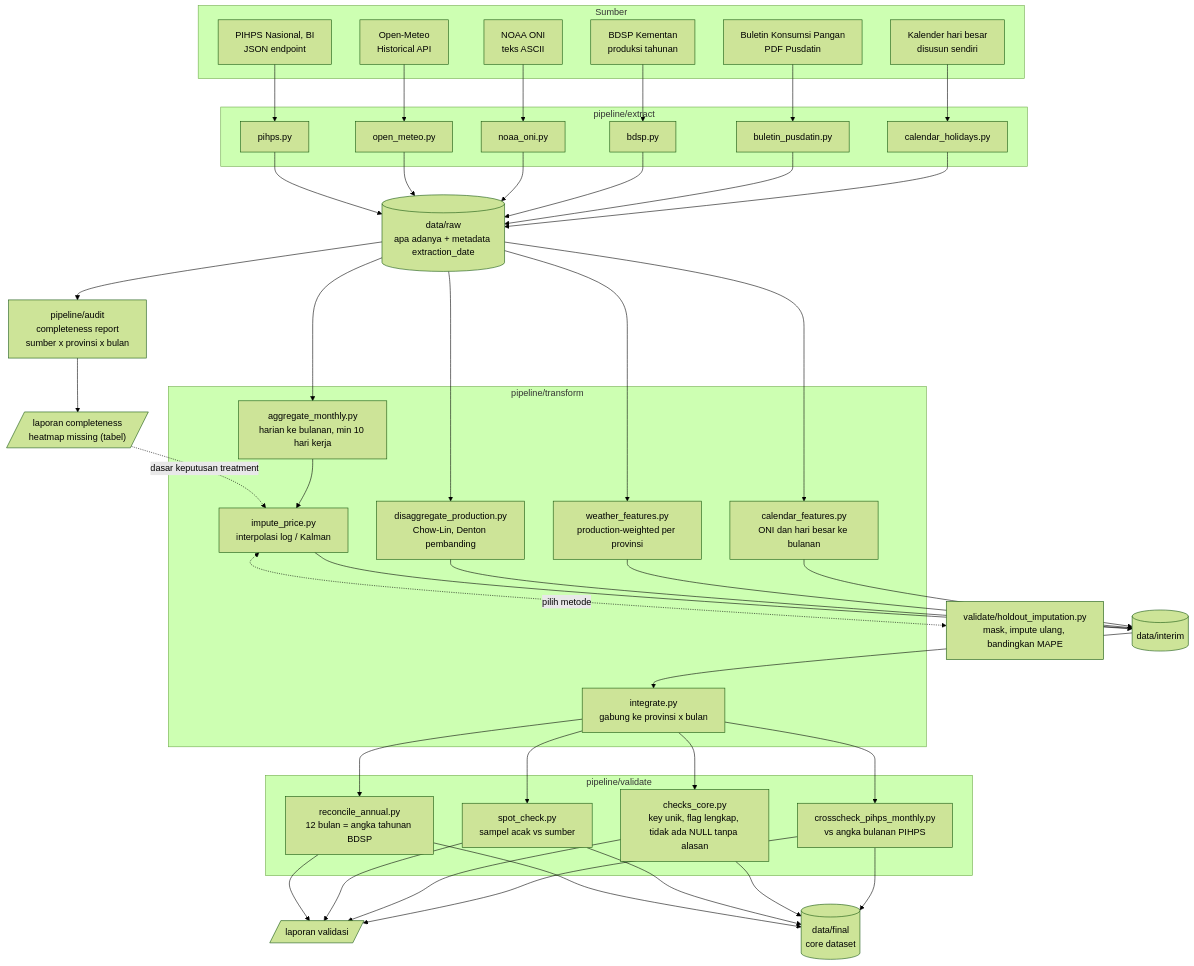
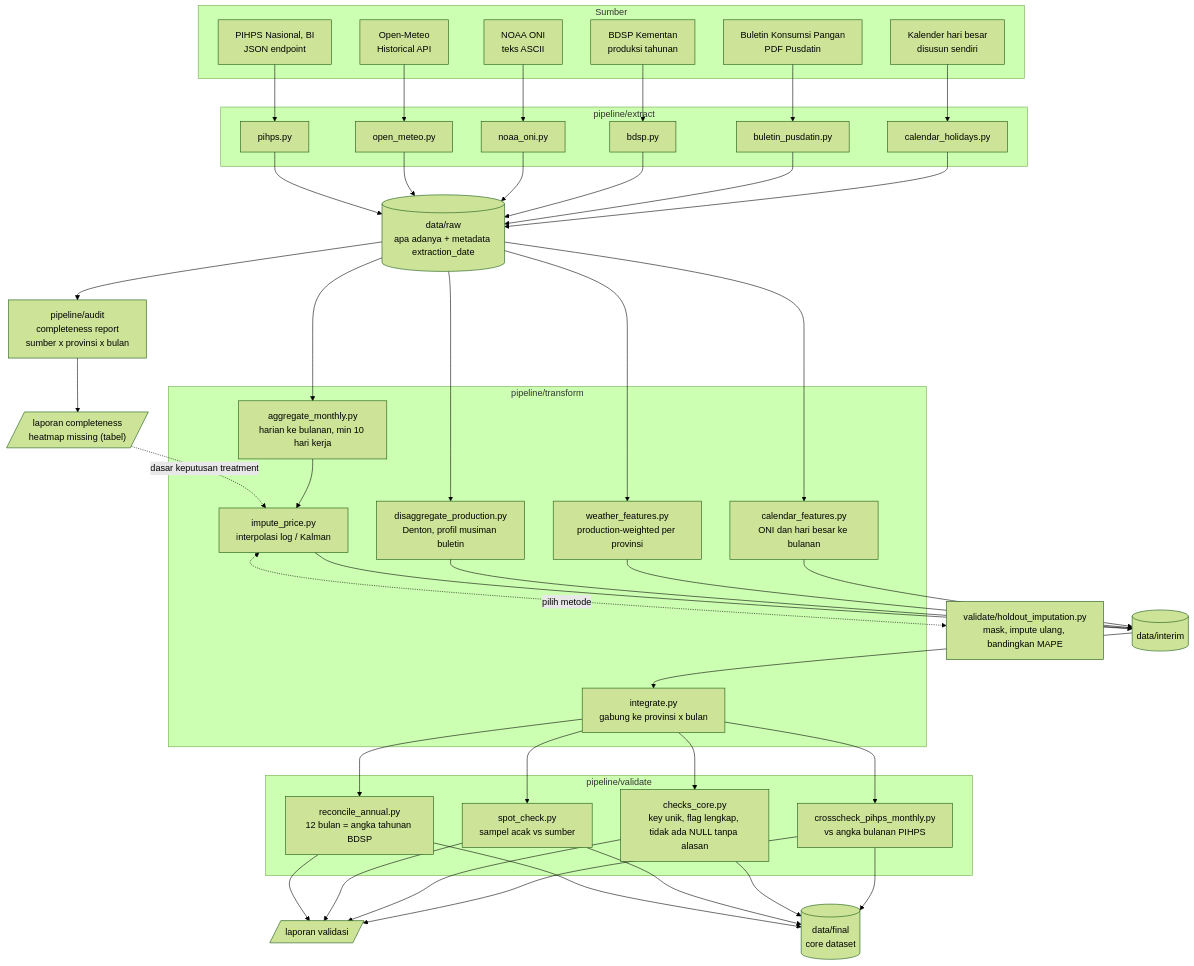
One commit to MuhammadFaskulFatan/cabai-price-spike changed the diagram in docs/03_data_flow.md. Above: the diagram before and after it, drawn with Mermaid (forest theme). The commit also changed other lines of this file and 4 other files, not shown here.

````diff
--- a/docs/03_data_flow.md
+++ b/docs/03_data_flow.md
@@ -13,73 +13,73 @@
 ```mermaid
 flowchart TD
     subgraph SRC["Sumber"]
         S1["PIHPS Nasional, BI<br/>JSON endpoint"]
         S2["Open-Meteo<br/>Historical API"]
         S3["NOAA ONI<br/>teks ASCII"]
         S4["BDSP Kementan<br/>produksi tahunan"]
         S5["Buletin Konsumsi Pangan<br/>PDF Pusdatin"]
         S6["Kalender hari besar<br/>disusun sendiri"]
     end
 
     subgraph EXTRACT["pipeline/extract"]
         E1["pihps.py"]
         E2["open_meteo.py"]
         E3["noaa_oni.py"]
         E4["bdsp.py"]
         E5["buletin_pusdatin.py"]
         E6["calendar_holidays.py"]
     end
 
     RAW[("data/raw<br/>apa adanya + metadata extraction_date")]
 
     AUDIT["pipeline/audit<br/>completeness report<br/>sumber x provinsi x bulan"]
     AUDITOUT[/"laporan completeness<br/>heatmap missing (tabel)"/]
 
     subgraph TRANSFORM["pipeline/transform"]
         T1["aggregate_monthly.py<br/>harian ke bulanan, min 10 hari kerja"]
         T2["impute_price.py<br/>interpolasi log / Kalman"]
-        T3["disaggregate_production.py<br/>Chow-Lin, Denton pembanding"]
+        T3["disaggregate_production.py<br/>Denton, profil musiman buletin"]
         T4["weather_features.py<br/>production-weighted per provinsi"]
         T5["calendar_features.py<br/>ONI dan hari besar ke bulanan"]
         T6["integrate.py<br/>gabung ke provinsi x bulan"]
     end
 
     INTERIM[("data/interim")]
     HOLDOUT["validate/holdout_imputation.py<br/>mask, impute ulang, bandingkan MAPE"]
 
     subgraph VALIDATE["pipeline/validate"]
         V1["reconcile_annual.py<br/>12 bulan = angka tahunan BDSP"]
         V2["spot_check.py<br/>sampel acak vs sumber"]
         V4["crosscheck_pihps_monthly.py<br/>vs angka bulanan PIHPS"]
         V3["checks_core.py<br/>key unik, flag lengkap, tidak ada NULL tanpa alasan"]
     end
 
     FINAL[("data/final<br/>core dataset")]
     REPORT[/"laporan validasi"/]
 
     S1 --> E1
     S2 --> E2
     S3 --> E3
     S4 --> E4
     S5 --> E5
     S6 --> E6
     E1 & E2 & E3 & E4 & E5 & E6 --> RAW
 
     RAW --> AUDIT --> AUDITOUT
     AUDITOUT -. "dasar keputusan treatment" .-> T2
 
     RAW --> T1 --> T2
     T2 <-. "pilih metode" .-> HOLDOUT
     RAW --> T3
     RAW --> T4
     RAW --> T5
     T2 --> INTERIM
     T3 --> INTERIM
     T4 --> INTERIM
     T5 --> INTERIM
     INTERIM --> T6
 
     T6 --> V1 & V2 & V3 & V4
     V1 & V2 & V3 & V4 --> REPORT
     V1 & V2 & V3 & V4 --> FINAL
 ```
````
